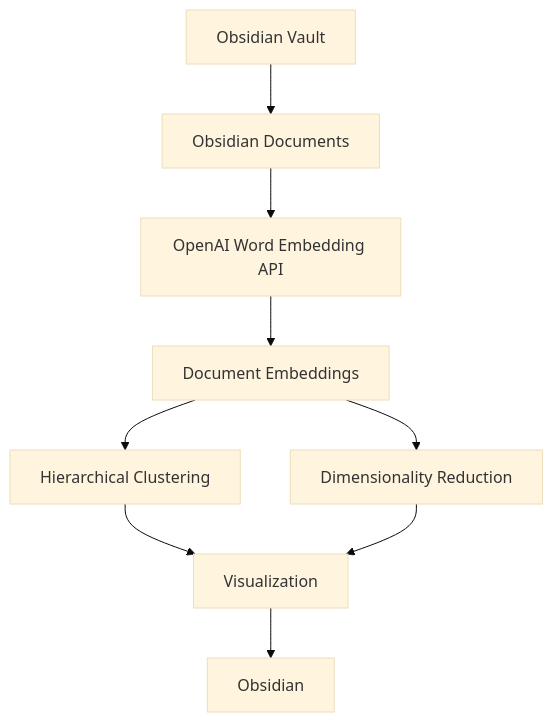
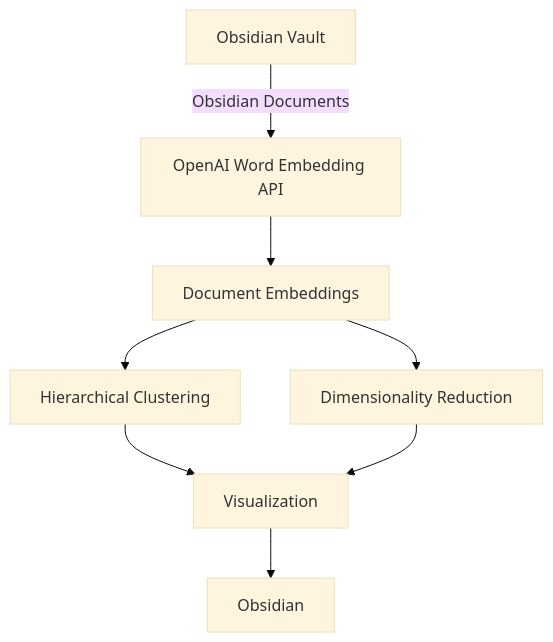
One commit to aidanbx/GraphGurusVault changed the diagram in Garden/System Pipeline.md. Above: the diagram before and after it, drawn with Mermaid (base theme).

Commit message:
Aidan vault backup: 2023-02-07 12:43:35

````diff
--- a/Garden/System Pipeline.md
+++ b/Garden/System Pipeline.md
@@ -1,21 +1,19 @@
 ```mermaid
 graph TD
 
 A[Obsidian Vault]
-B[Obsidian Documents]
 C[OpenAI Word Embedding API]
 D[Document Embeddings]
 E[Hierarchical Clustering]
 F[Dimensionality Reduction]
 G[Visualization]
 H[Obsidian]
 
-A --> B
-B --> C
+A -->|Obsidian Documents| C
 C --> D
 D --> E
 D --> F
 E --> G
 F --> G
 G --> H
 ```
````
